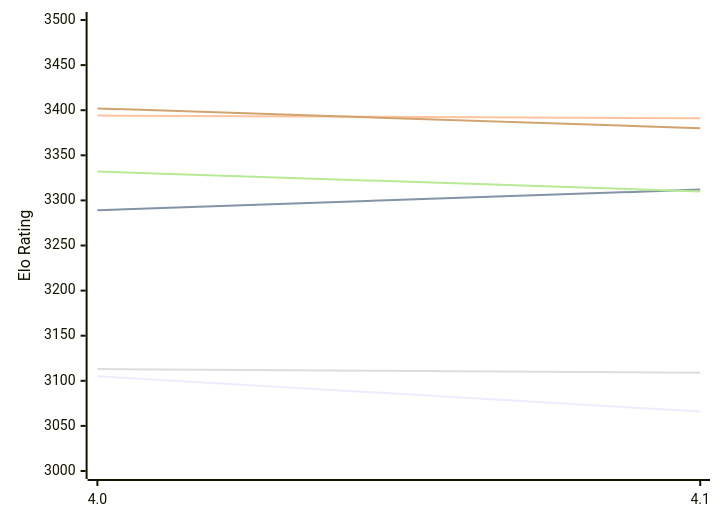
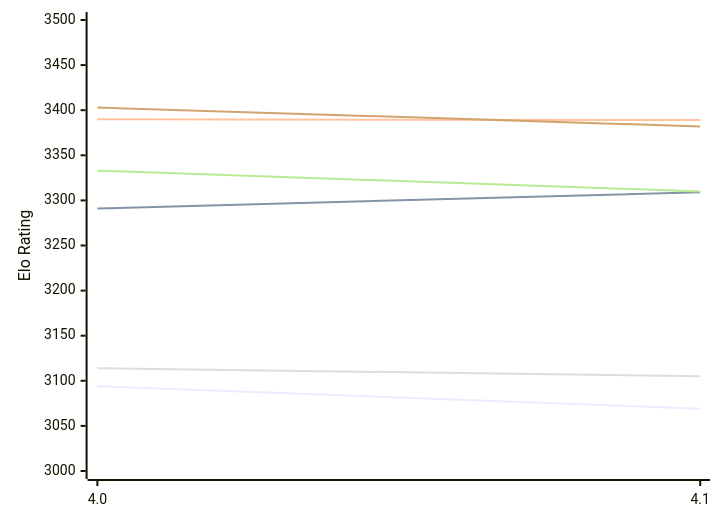
Before and after one commit to computer-chess-index/cci: the first of 2 diagrams in engines/Petrel.md, drawn with Mermaid. The commit also changed other lines of this file, not shown here.

Commit message:
Update CCI Ratings (ELO VLTC) - 2026-11-27

````diff
--- a/engines/Petrel.md
+++ b/engines/Petrel.md
@@ -57,12 +57,12 @@
 ```mermaid
 %%{init: {"theme":"base","themeVariables":{"seriesColors:['#a3a3a3','#222221','#faa371']}}}%%
 xychart-beta
   x-axis ["4.0", "4.1"]
   y-axis "Elo Rating" 3000 --> 3500
-  line "E1: STC (8.0+0.08s)" [3105, 3066]
-  line "E1: LTC (60.0+0.60s)" [3289, 3312]
-  line "E1: VLTC (2m24s+1.12s)" [3394, 3391]
-  line "P1: STC (8.0+0.08s)" [3113, 3109]
-  line "P1: LTC (60.0+0.60s)" [3332, 3310]
-  line "P1: VLTC (2m24s+1.12s)" [3402, 3380]
+  line "E1: STC (8.0+0.08s)" [3094, 3069]
+  line "E1: LTC (60.0+0.60s)" [3291, 3309]
+  line "E1: VLTC (2m24s+1.12s)" [3390, 3389]
+  line "P1: STC (8.0+0.08s)" [3114, 3105]
+  line "P1: LTC (60.0+0.60s)" [3333, 3310]
+  line "P1: VLTC (2m24s+1.12s)" [3403, 3382]
 ```
````
